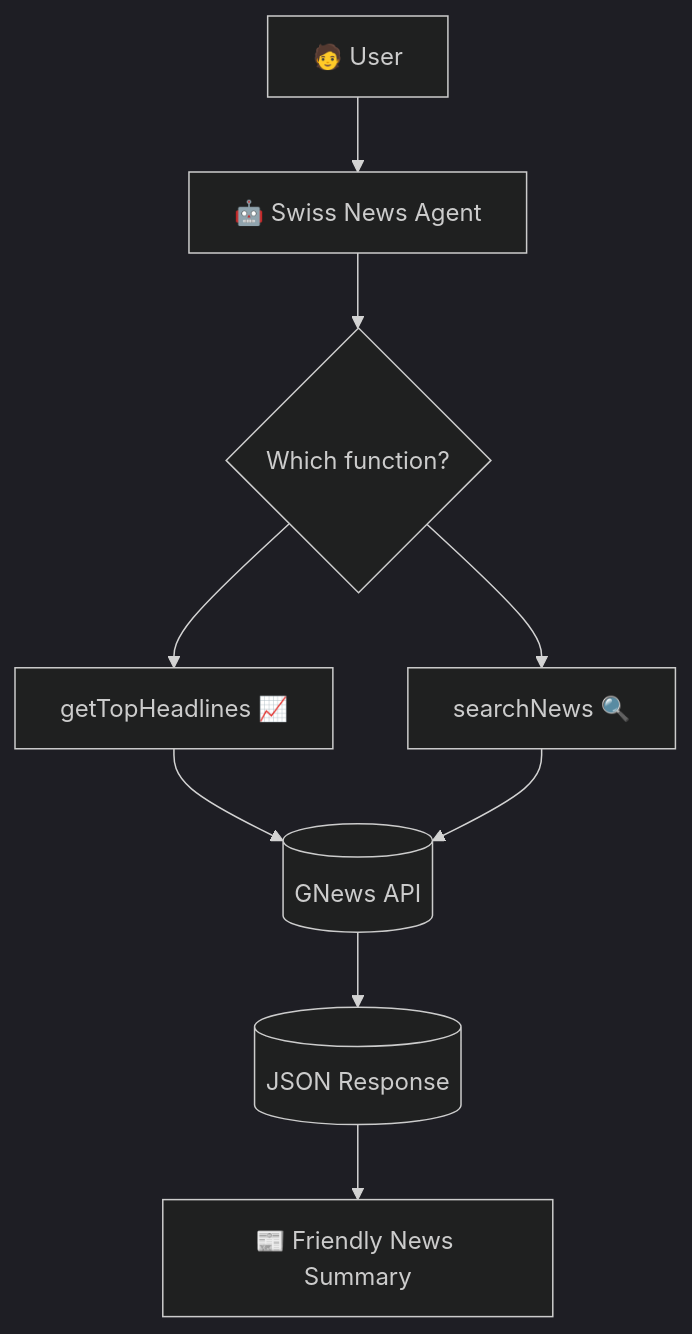
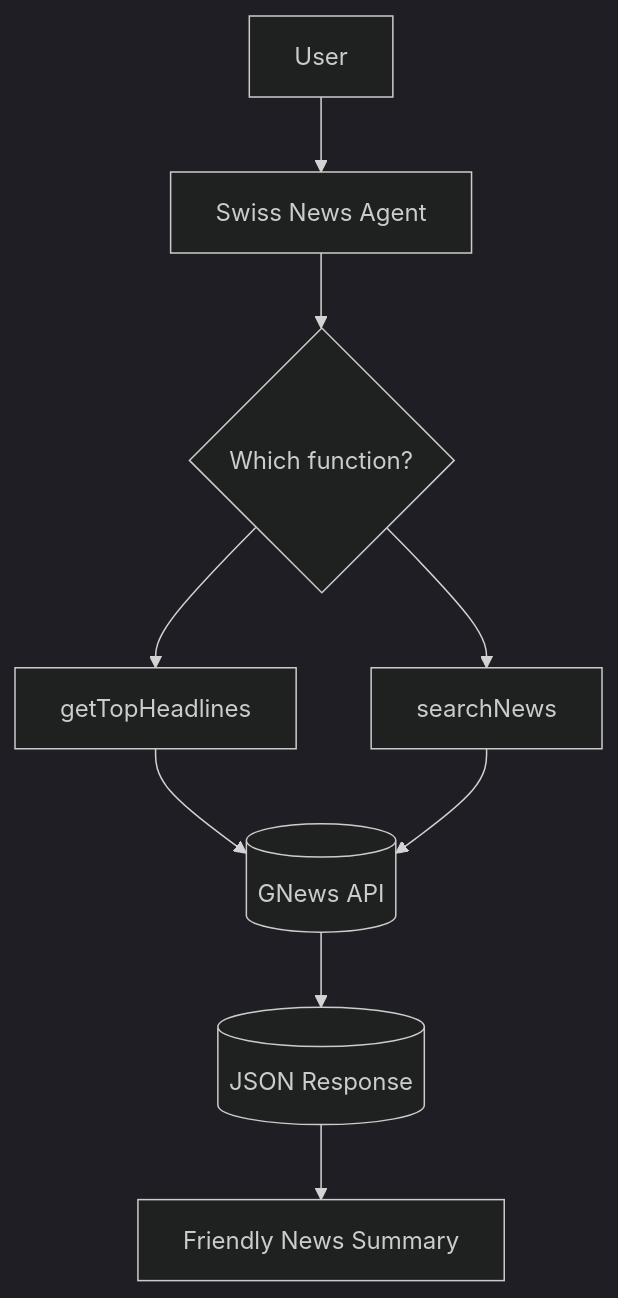
Before and after one commit to INNOQ-doc/innoq-doc: the diagram in cookbook/swiss-news-agent.mdx, drawn with Mermaid (dark theme). The commit also changed other lines of this file and 1 other file, not shown here.

````diff
--- a/cookbook/swiss-news-agent.mdx
+++ b/cookbook/swiss-news-agent.mdx
@@ -26,12 +26,12 @@
 ```mermaid
 flowchart TD
-    User[🧑 User] --> Agent[🤖 Swiss News Agent]
+    User[User] --> Agent[Swiss News Agent]
     Agent --> Decision{Which function?}
-    Decision --> Headlines[getTopHeadlines 📈]
-    Decision --> Search[searchNews 🔍]
+    Decision --> Headlines[getTopHeadlines ]
+    Decision --> Search[searchNews ]
     Headlines & Search --> API[(GNews API)]
     API --> Response[(JSON Response)]
-    Response --> Output[📰 Friendly News Summary]
+    Response --> Output[ Friendly News Summary]
 
 
 ```
````
